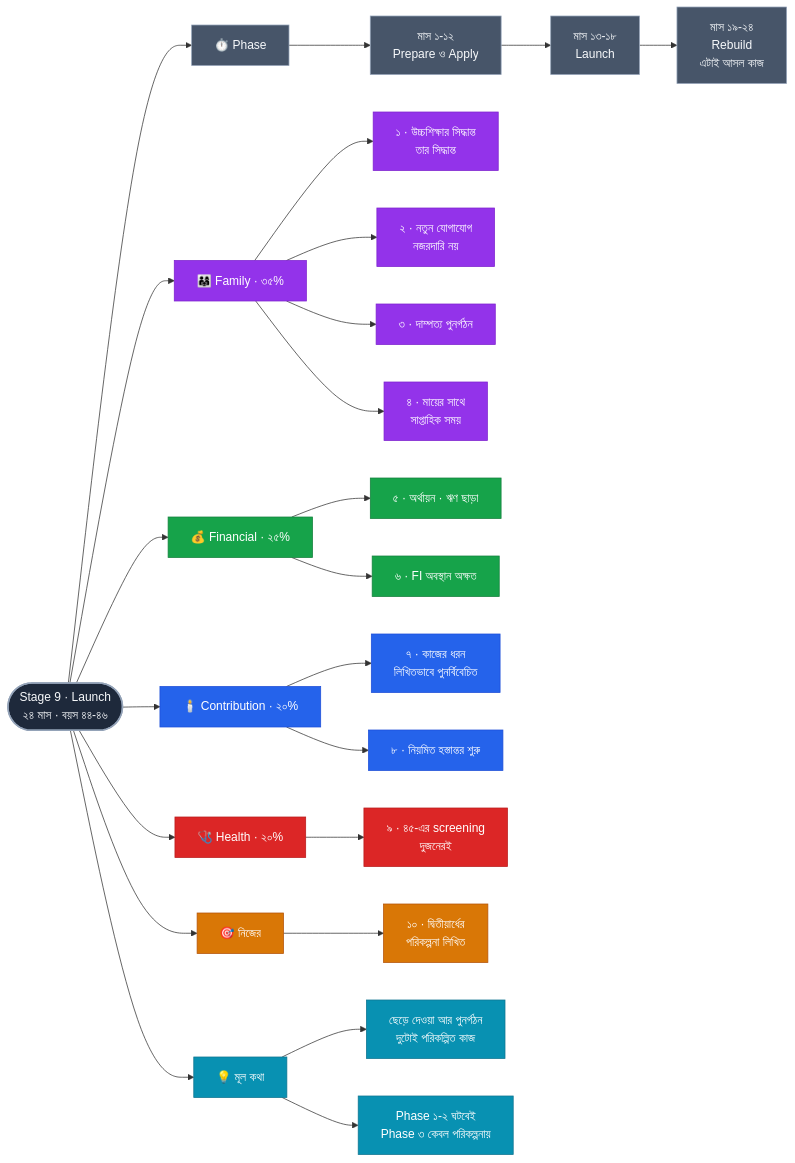
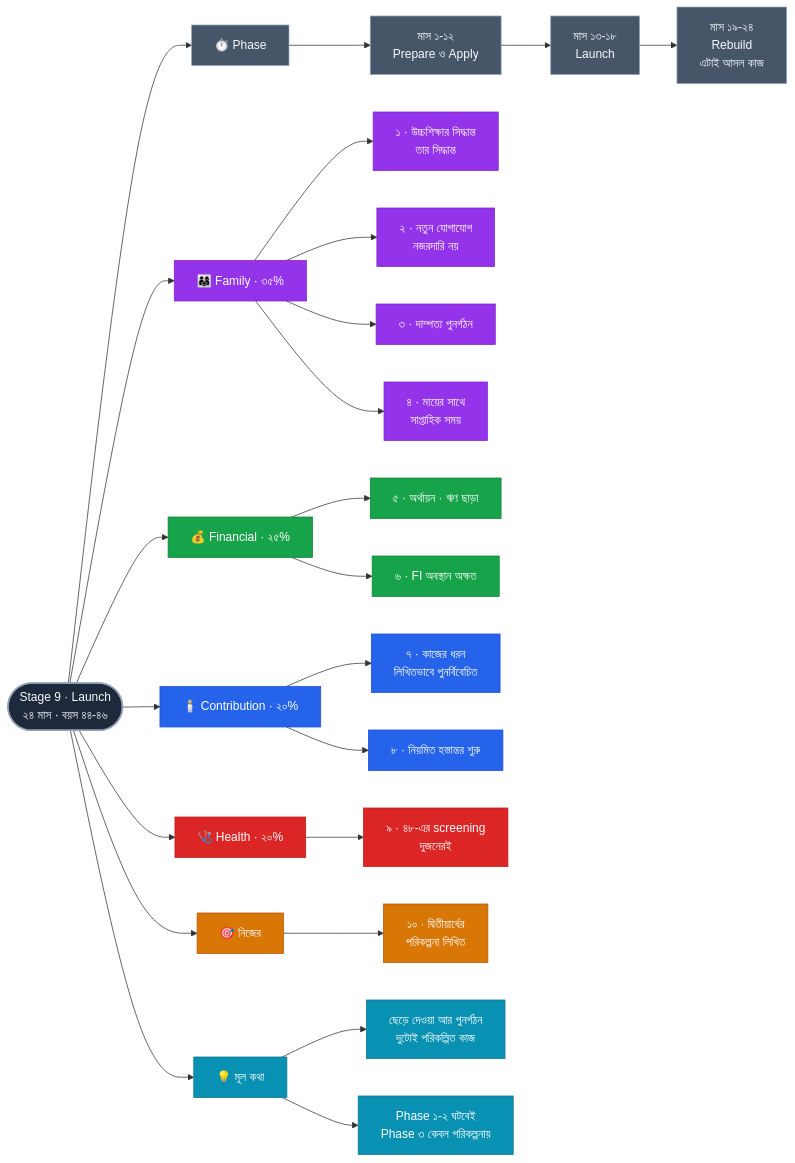
Before and after one commit to sojibrd/legacy_and_wisdom: the diagram in docs/stages/stage-09-launch.md, drawn with Mermaid. The commit also changed other lines of this file and 29 other files, not shown here.

First line of the commit message:
Add dashboard client, stage tracking, and mermaid diagrams

````diff
--- a/docs/stages/stage-09-launch.md
+++ b/docs/stages/stage-09-launch.md
@@ -94,52 +117,52 @@
 ```mermaid
 flowchart LR
     S(["Stage 9 · Launch<br/>২৪ মাস · বয়স ৪৪-৪৬"])
 
     S --> PH["⏱️ Phase"]
     P0["মাস ১-১২<br/>Prepare ও Apply"]
     P1["মাস ১৩-১৮<br/>Launch"]
     P2["মাস ১৯-২৪<br/>Rebuild<br/>এটাই আসল কাজ"]
     PH --> P0 --> P1 --> P2
 
     S --> G0["👨‍👩‍👧 Family · ৩৫%"]
     G0 --> G00["১ · উচ্চশিক্ষার সিদ্ধান্ত<br/>তার সিদ্ধান্ত"]
     G0 --> G01["২ · নতুন যোগাযোগ<br/>নজরদারি নয়"]
     G0 --> G02["৩ · দাম্পত্য পুনর্গঠন"]
     G0 --> G03["৪ · মায়ের সাথে<br/>সাপ্তাহিক সময়"]
 
     S --> G1["💰 Financial · ২৫%"]
     G1 --> G10["৫ · অর্থায়ন · ঋণ ছাড়া"]
     G1 --> G11["৬ · FI অবস্থান অক্ষত"]
 
     S --> G2["🕯️ Contribution · ২০%"]
     G2 --> G20["৭ · কাজের ধরন<br/>লিখিতভাবে পুনর্বিবেচিত"]
     G2 --> G21["৮ · নিয়মিত হস্তান্তর শুরু"]
 
     S --> G3["🩺 Health · ২০%"]
-    G3 --> G30["৯ · ৪৫-এর screening<br/>দুজনেরই"]
+    G3 --> G30["৯ · ৪৮-এর screening<br/>দুজনেরই"]
 
     S --> G4["🎯 নিজের"]
     G4 --> G40["১০ · দ্বিতীয়ার্ধের<br/>পরিকল্পনা লিখিত"]
 
     S --> G5["💡 মূল কথা"]
     G5 --> G50["ছেড়ে দেওয়া আর পুনর্গঠন<br/>দুটোই পরিকল্পিত কাজ"]
     G5 --> G51["Phase ১-২ ঘটবেই<br/>Phase ৩ কেবল পরিকল্পনায়"]
 
     classDef root fill:#1e293b,stroke:#94a3b8,stroke-width:2px,color:#f8fafc
     classDef phase fill:#475569,stroke:#94a3b8,color:#f8fafc
     classDef tech fill:#2563eb,stroke:#1d4ed8,color:#ffffff
     classDef fin fill:#16a34a,stroke:#15803d,color:#ffffff
     classDef health fill:#dc2626,stroke:#b91c1c,color:#ffffff
     classDef fam fill:#9333ea,stroke:#7e22ce,color:#ffffff
     classDef stretch fill:#d97706,stroke:#b45309,color:#ffffff
     classDef urgent fill:#be123c,stroke:#9f1239,color:#ffffff
     classDef note fill:#0891b2,stroke:#0e7490,color:#ffffff
     class S root
     class PH,P0,P1,P2 phase
     class G0,G00,G01,G02,G03 fam
     class G1,G10,G11 fin
     class G2,G20,G21 tech
     class G3,G30 health
     class G4,G40 stretch
     class G5,G50,G51 note
 ```
````
